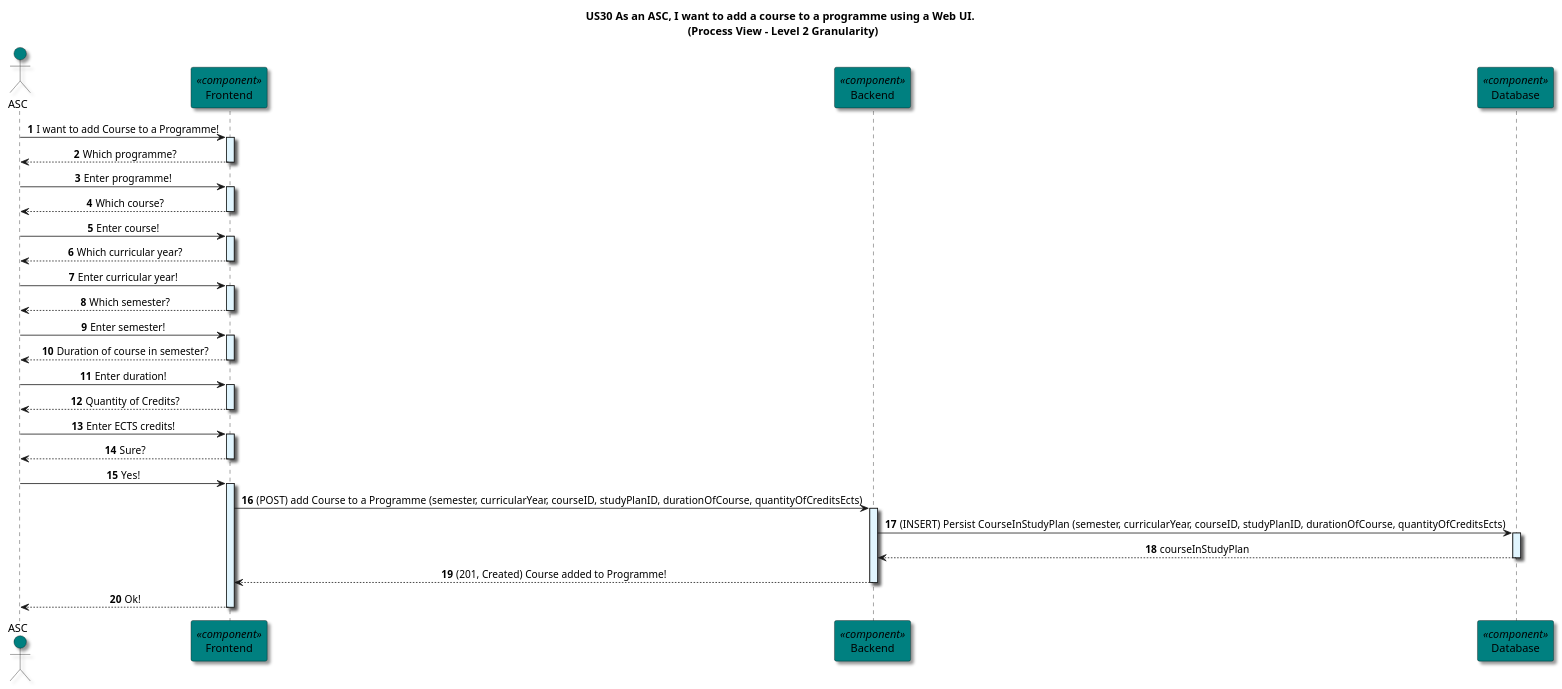
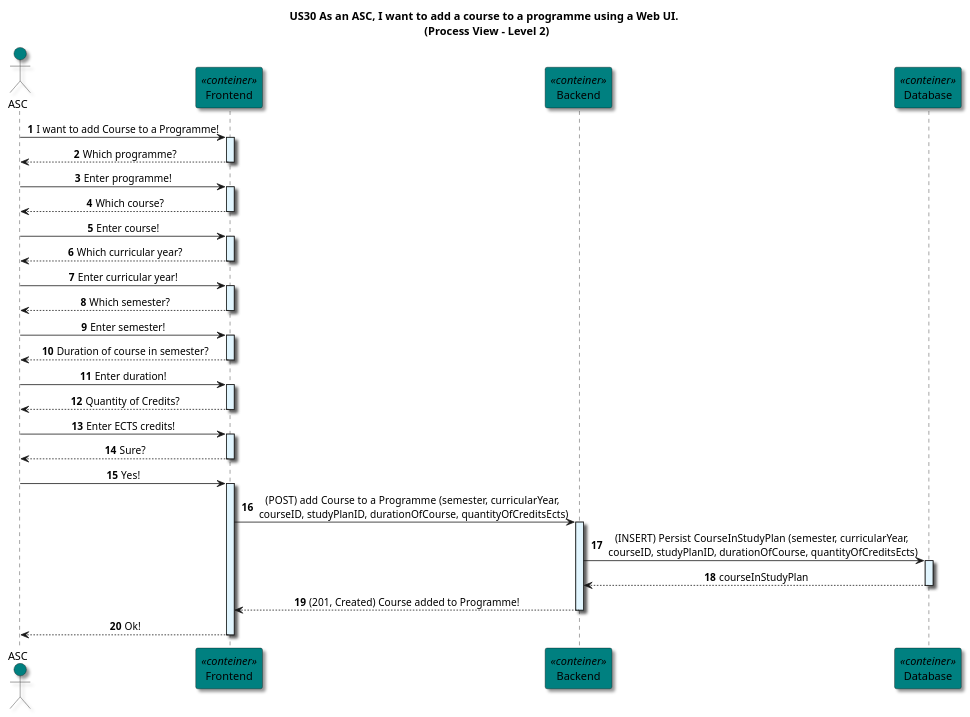
Before and after one commit to GasparISEP/DevOps-PAI: the diagram in docs/US30/Sprint_6_REST_API/Process View/Level2Granularity.puml, drawn with PlantUML. The commit also changed 1 other file, not shown here.

Commit message:
[docs]: Update Level1Granularity.puml and Level2Granularity.puml diagrams from Process View #567 #571

```diff
--- a/docs/US30/Sprint_6_REST_API/Process View/Level2Granularity.puml
+++ b/docs/US30/Sprint_6_REST_API/Process View/Level2Granularity.puml
@@ -1,80 +1,80 @@
 @startuml
 
-title US30 As an ASC, I want to add a course to a programme using a Web UI. \n (Process View - Level 2 Granularity)
+title US30 As an ASC, I want to add a course to a programme using a Web UI. \n (Process View - Level 2)
 
 skinparam componentStyle component
 skinparam defaultTextAlignment center
 skinparam shadowing true
 
 autonumber
 
 actor ASC as asc #teal
 
-participant "Frontend" as frontend <<component>> #teal
-participant "Backend" as backend <<component>> #teal
-participant "Database" as db <<component>> #teal
+participant "Frontend" as frontend <<conteiner>> #teal
+participant "Backend" as backend <<conteiner>> #teal
+participant "Database" as db <<conteiner>> #teal
 
 asc -> frontend: I want to add Course to a Programme!
 activate frontend #E1F5FE
 
 frontend --> asc: Which programme?
 deactivate frontend
 
 asc -> frontend: Enter programme!
 activate frontend #E1F5FE
 
 frontend --> asc: Which course?
 deactivate frontend
 
 asc -> frontend: Enter course!
 activate frontend #E1F5FE
 
 frontend --> asc: Which curricular year?
 deactivate frontend
 
 asc -> frontend: Enter curricular year!
 activate frontend #E1F5FE
 
 frontend --> asc: Which semester?
 deactivate frontend
 
 asc -> frontend: Enter semester!
 activate frontend #E1F5FE
 
 frontend --> asc: Duration of course in semester?
 deactivate frontend
 
 asc -> frontend: Enter duration!
 activate frontend #E1F5FE
 
 frontend --> asc: Quantity of Credits?
 deactivate frontend
 
 asc -> frontend: Enter ECTS credits!
 activate frontend #E1F5FE
 
 
 
 
 
 frontend --> asc: Sure?
 deactivate frontend
 
 asc -> frontend: Yes!
 activate frontend #E1F5FE
 
-frontend -> backend: (POST) add Course to a Programme (semester, curricularYear, courseID, studyPlanID, durationOfCourse, quantityOfCreditsEcts)
+frontend -> backend: (POST) add Course to a Programme (semester, curricularYear,\n courseID, studyPlanID, durationOfCourse, quantityOfCreditsEcts)
 activate backend #E1F5FE
 
-backend -> db: (INSERT) Persist CourseInStudyPlan (semester, curricularYear, courseID, studyPlanID, durationOfCourse, quantityOfCreditsEcts)
+backend -> db: (INSERT) Persist CourseInStudyPlan (semester, curricularYear,\n courseID, studyPlanID, durationOfCourse, quantityOfCreditsEcts)
 activate db #E1F5FE
 db --> backend: courseInStudyPlan
 deactivate db
 
 backend --> frontend: (201, Created) Course added to Programme!
 deactivate backend
 
 frontend --> asc: Ok!
 deactivate frontend
 
 @enduml
```
